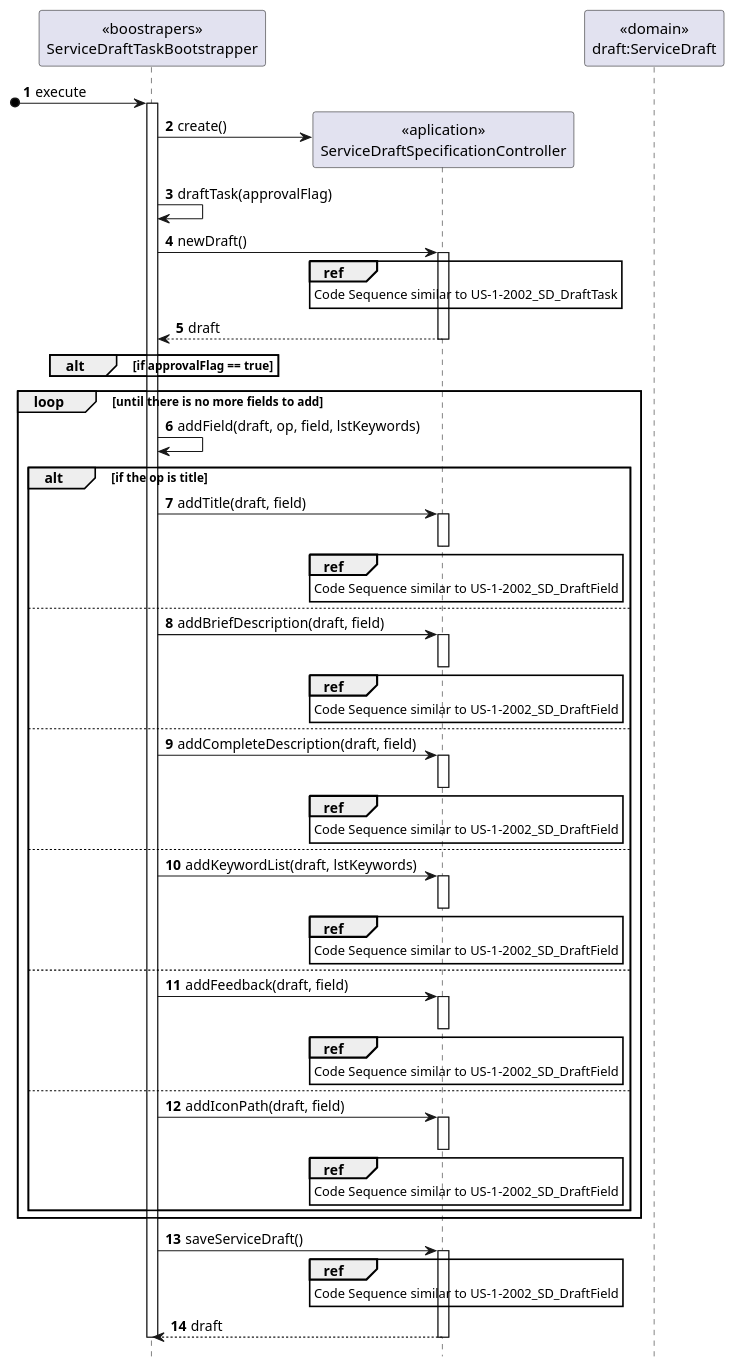
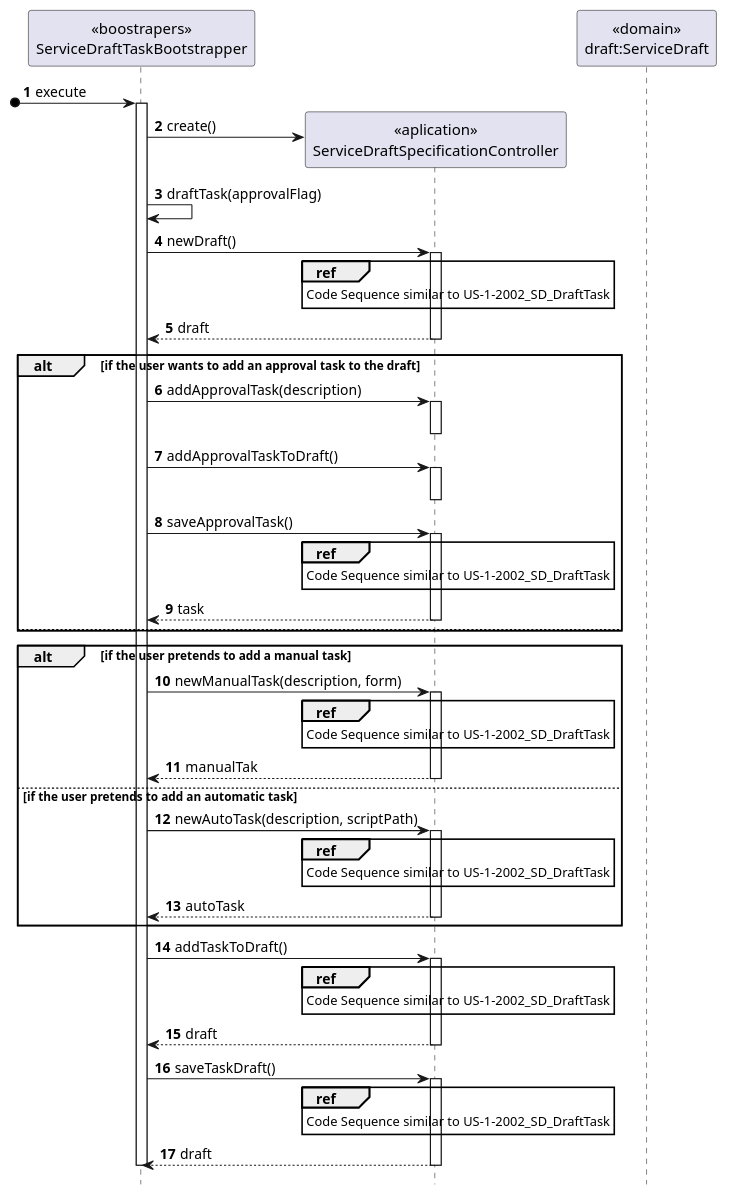
Before and after one commit to tiagoavcosta25/LAPR4: the diagram in doc/engenharia/SprintC/1190682/US-1-2104_CompleteServicesBootstrap/US-1-2104_SD_DraftTask.puml, drawn with PlantUML. The commit also changed 1 other file, not shown here.

Commit message:
LAPR4-119 #design #developing Sequence Diagram

```diff
--- a/doc/engenharia/SprintC/1190682/US-1-2104_CompleteServicesBootstrap/US-1-2104_SD_DraftTask.puml
+++ b/doc/engenharia/SprintC/1190682/US-1-2104_CompleteServicesBootstrap/US-1-2104_SD_DraftTask.puml
@@ -1,88 +1,80 @@
 @startuml
 autonumber
 hide footbox
 
 participant "<<boostrapers>>\nServiceDraftTaskBootstrapper" as BOOT
 participant "<<aplication>>\nServiceDraftSpecificationController" as CTRL
 participant "<<domain>>\ndraft:ServiceDraft" as SER
 
 [o-> BOOT : execute
 
 activate BOOT
 BOOT -> CTRL** : create()
 
 BOOT -> BOOT : draftTask(approvalFlag)
 
 BOOT -> CTRL : newDraft()
 activate CTRL
 ref over CTRL
 Code Sequence similar to US-1-2002_SD_DraftTask
 end ref
 CTRL --> BOOT : draft
 deactivate CTRL
 
-alt if approvalFlag == true
+alt if the user wants to add an approval task to the draft
+BOOT -> CTRL : addApprovalTask(description)
+activate CTRL
+deactivate CTRL
 
+BOOT -> CTRL : addApprovalTaskToDraft()
+activate CTRL
+deactivate CTRL
+
+BOOT -> CTRL : saveApprovalTask()
+activate CTRL
+ref over CTRL
+Code Sequence similar to US-1-2002_SD_DraftTask
+end ref
+CTRL --> BOOT : task
+deactivate CTRL
+else
+deactivate CTRL
 end
 
-
-
-
-
-loop until there is no more fields to add
-BOOT -> BOOT : addField(draft, op, field, lstKeywords)
-alt if the op is title
-BOOT -> CTRL : addTitle(draft, field)
+alt if the user pretends to add a manual task
+BOOT -> CTRL : newManualTask(description, form)
 activate CTRL
 ref over CTRL
-Code Sequence similar to US-1-2002_SD_DraftField
+Code Sequence similar to US-1-2002_SD_DraftTask
 end ref
+CTRL --> BOOT : manualTak
 deactivate CTRL
-else
-BOOT -> CTRL : addBriefDescription(draft, field)
+
+else if the user pretends to add an automatic task
+BOOT -> CTRL : newAutoTask(description, scriptPath)
 activate CTRL
 ref over CTRL
-Code Sequence similar to US-1-2002_SD_DraftField
+Code Sequence similar to US-1-2002_SD_DraftTask
 end ref
+CTRL --> BOOT : autoTask
 deactivate CTRL
-else
-BOOT -> CTRL : addCompleteDescription(draft, field)
+end
+
+BOOT -> CTRL : addTaskToDraft()
 activate CTRL
 ref over CTRL
-Code Sequence similar to US-1-2002_SD_DraftField
+Code Sequence similar to US-1-2002_SD_DraftTask
 end ref
+CTRL --> BOOT : draft
 deactivate CTRL
-else
-BOOT -> CTRL : addKeywordList(draft, lstKeywords)
+
+BOOT -> CTRL : saveTaskDraft()
 activate CTRL
 ref over CTRL
-Code Sequence similar to US-1-2002_SD_DraftField
-end ref
-deactivate CTRL
-else
-BOOT -> CTRL : addFeedback(draft, field)
-activate CTRL
-ref over CTRL
-Code Sequence similar to US-1-2002_SD_DraftField
-end ref
-deactivate CTRL
-else
-BOOT -> CTRL : addIconPath(draft, field)
-activate CTRL
-ref over CTRL
-Code Sequence similar to US-1-2002_SD_DraftField
-end ref
-deactivate CTRL
-end
-end
-
-BOOT -> CTRL : saveServiceDraft()
-activate CTRL
-ref over CTRL
-Code Sequence similar to US-1-2002_SD_DraftField
+Code Sequence similar to US-1-2002_SD_DraftTask
 end ref
 CTRL --> BOOT : draft
 deactivate CTRL
 deactivate BOOT
 
 @enduml
```
